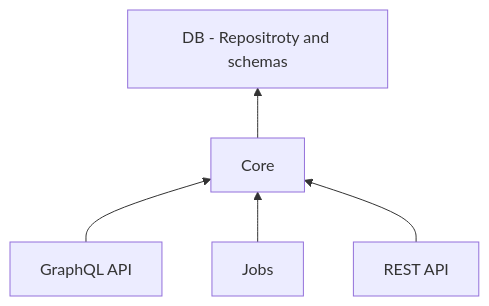
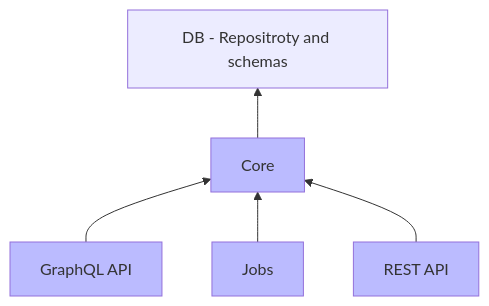
Before and after one commit to CaptainFact/captain-fact-api: the second of 2 diagrams in README.md, drawn with Mermaid. The commit also changed other lines of this file, not shown here.

````diff
--- a/README.md
+++ b/README.md
@@ -22,7 +26,12 @@
 ```mermaid
 graph BT;
     Core --> DB[DB - Repositroty and schemas];
     GraphQL[GraphQL API] --> Core;
     Jobs --> Core;
     REST_API[REST API] --> Core;
+    
+    style GraphQL fill:#BBF;
+    style REST_API fill:#BBF;
+    style Jobs fill:#BBF;
+    style Core fill:#BBF;
 ```
````
